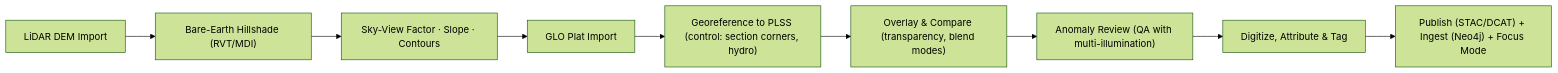
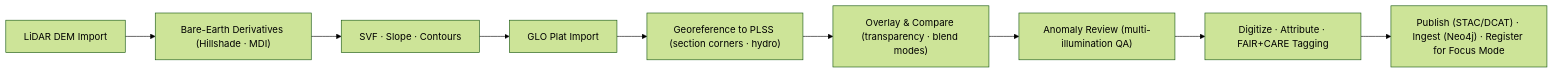
The diagram in docs/workflows/lidar-glo-integration.md (bartytime4life/Kansas-Frontier-Matrix), drawn with Mermaid (forest theme) before and after one commit. The commit also changed other lines of this file, not shown here.

````diff
--- a/docs/workflows/lidar-glo-integration.md
+++ b/docs/workflows/lidar-glo-integration.md
@@ -60,11 +295,11 @@
-```mermaid
+~~~mermaid
 flowchart LR
-    A["LiDAR DEM Import"] --> B["Bare-Earth Hillshade (RVT/MDI)"]
-    B --> C["Sky-View Factor · Slope · Contours"]
+    A["LiDAR DEM Import"] --> B["Bare-Earth Derivatives (Hillshade · MDI)"]
+    B --> C["SVF · Slope · Contours"]
     C --> D["GLO Plat Import"]
-    D --> E["Georeference to PLSS (control: section corners, hydro)"]
-    E --> F["Overlay & Compare (transparency, blend modes)"]
-    F --> G["Anomaly Review (QA with multi-illumination)"]
-    G --> H["Digitize, Attribute & Tag"]
-    H --> I["Publish (STAC/DCAT) + Ingest (Neo4j) + Focus Mode"]
-```
+    D --> E["Georeference to PLSS (section corners · hydro)"]
+    E --> F["Overlay & Compare (transparency · blend modes)"]
+    F --> G["Anomaly Review (multi-illumination QA)"]
+    G --> H["Digitize · Attribute · FAIR+CARE Tagging"]
+    H --> I["Publish (STAC/DCAT) · Ingest (Neo4j) · Register for Focus Mode"]
+~~~
````
